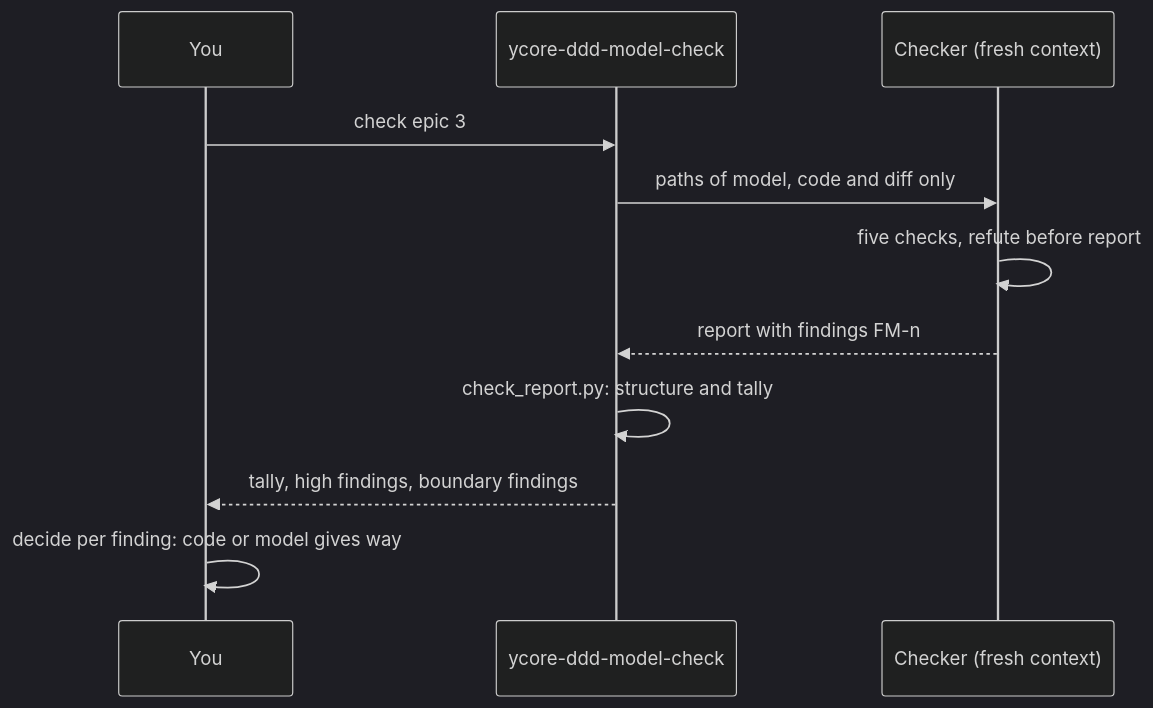
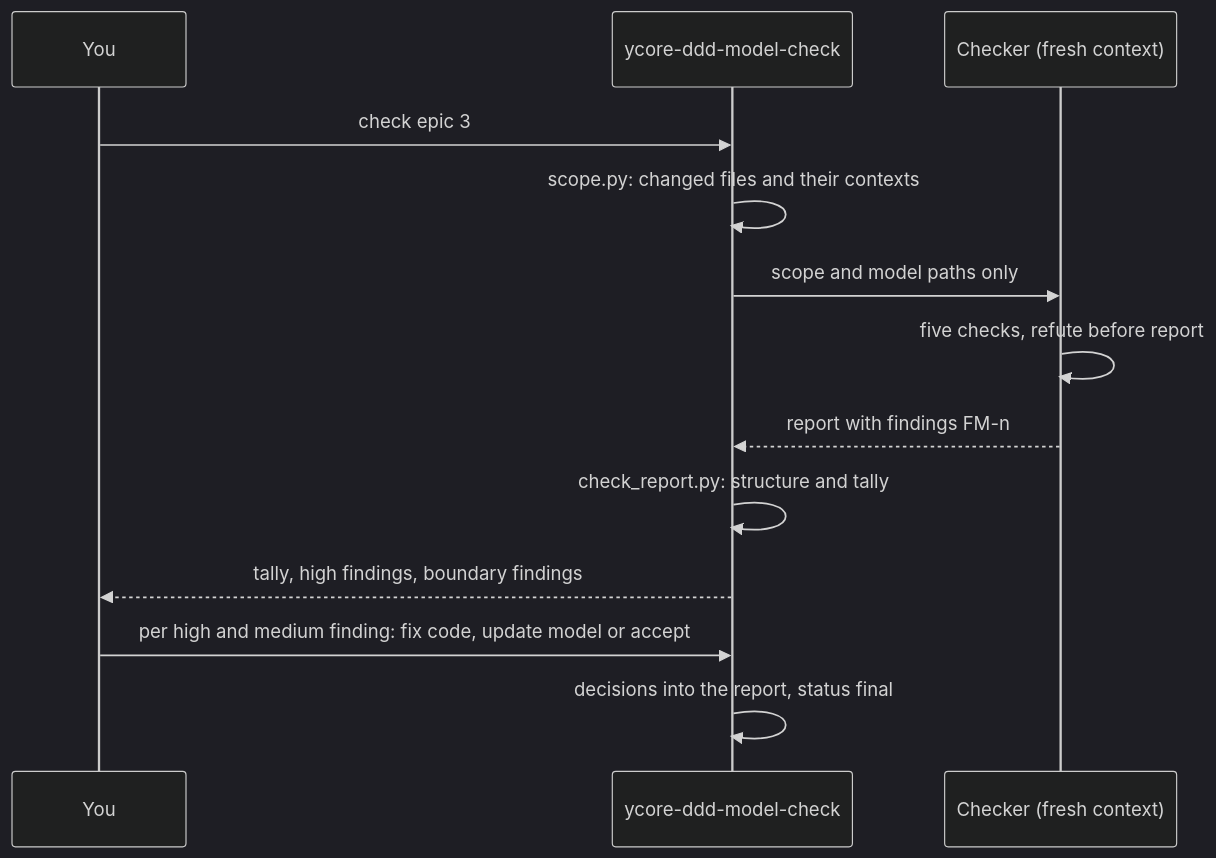
The third of 4 diagrams in README.md (y-core-engineering/bmad-ddd-module), drawn with Mermaid (dark theme) before and after one commit. The commit also changed other lines of this file, not shown here.

````diff
--- a/README.md
+++ b/README.md
@@ -152,13 +158,15 @@
 ```mermaid
 sequenceDiagram
     participant You
     participant Skill as ycore-ddd-model-check
     participant Checker as Checker (fresh context)
     You->>Skill: check epic 3
-    Skill->>Checker: paths of model, code and diff only
+    Skill->>Skill: scope.py: changed files and their contexts
+    Skill->>Checker: scope and model paths only
     Checker->>Checker: five checks, refute before report
     Checker-->>Skill: report with findings FM-n
     Skill->>Skill: check_report.py: structure and tally
     Skill-->>You: tally, high findings, boundary findings
-    You->>You: decide per finding: code or model gives way
+    You->>Skill: per high and medium finding: fix code, update model or accept
+    Skill->>Skill: decisions into the report, status final
 ```
````
